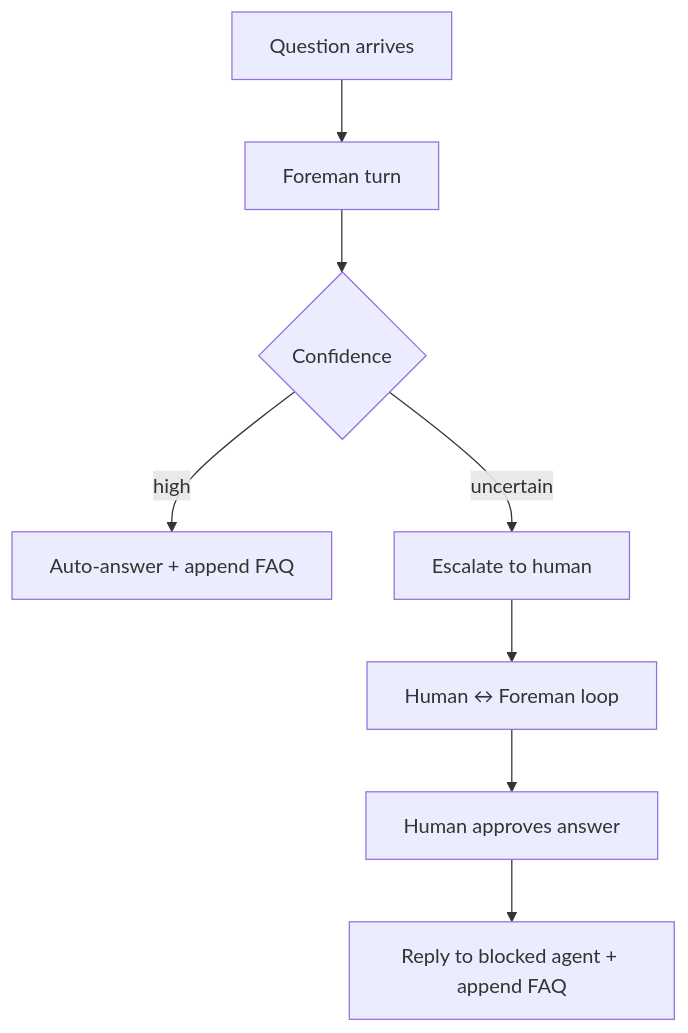
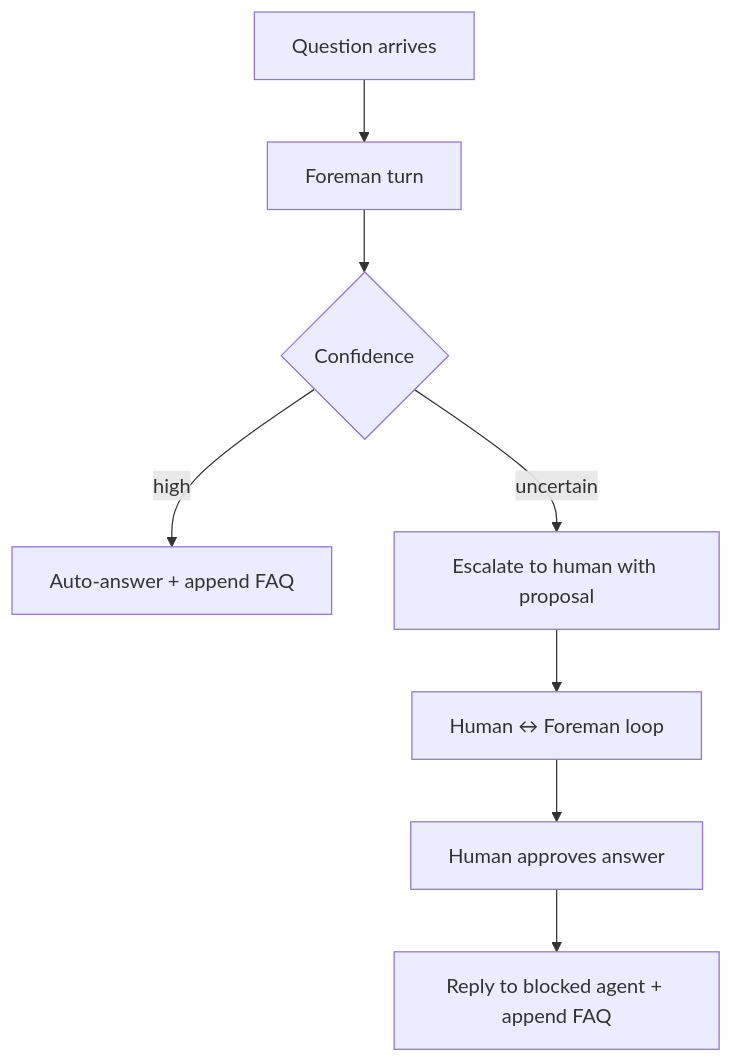
The second of 2 diagrams in docs/05-orchestration.md (beeemT/substrate), drawn with Mermaid before and after one commit. The commit also changed other lines of this file and 8 other files, not shown here.

````diff
--- a/docs/05-orchestration.md
+++ b/docs/05-orchestration.md
@@ -203,10 +242,10 @@
 ```mermaid
 flowchart TD
     Q[Question arrives] --> F[Foreman turn]
     F --> C{Confidence}
     C -->|high| A[Auto-answer + append FAQ]
-    C -->|uncertain| H[Escalate to human]
+    C -->|uncertain| H[Escalate to human with proposal]
     H --> L[Human ↔ Foreman loop]
     L --> P[Human approves answer]
     P --> R[Reply to blocked agent + append FAQ]
 ```
````
